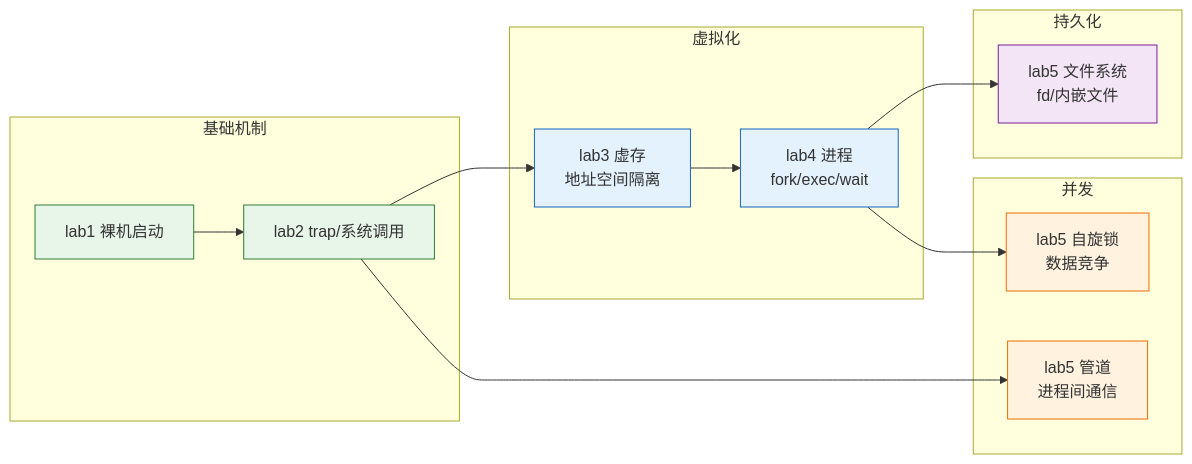
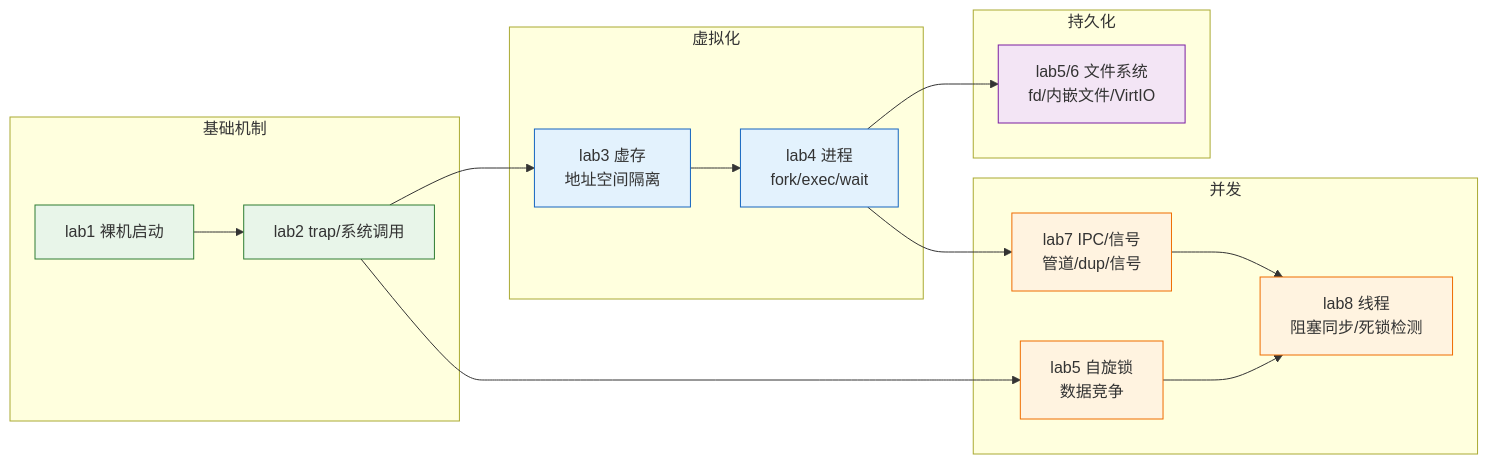
The fourth of 5 diagrams in os-lab/docs/design-report.md (AM-SuSh/EVOLVE), drawn with Mermaid before and after one commit. The commit also changed other lines of this file and 23 other files, not shown here.

````diff
--- a/os-lab/docs/design-report.md
+++ b/os-lab/docs/design-report.md
@@ -118,31 +121,35 @@
 ```mermaid
 graph LR
+    subgraph 基础机制
+        B1["lab1 裸机启动"]
+        B2["lab2 trap/系统调用"]
+    end
     subgraph 虚拟化
         V1["lab3 虚存<br/>地址空间隔离"]
         V2["lab4 进程<br/>fork/exec/wait"]
     end
     subgraph 并发
         C1["lab5 自旋锁<br/>数据竞争"]
-        C2["lab5 管道<br/>进程间通信"]
+        C2["lab7 IPC/信号<br/>管道/dup/信号"]
+        C3["lab8 线程<br/>阻塞同步/死锁检测"]
     end
     subgraph 持久化
-        P1["lab5 文件系统<br/>fd/内嵌文件"]
-    end
-    subgraph 基础机制
-        B1["lab1 裸机启动"]
-        B2["lab2 trap/系统调用"]
+        P1["lab5/6 文件系统<br/>fd/内嵌文件/VirtIO"]
     end
 
-    B1 --> B2 --> V1 --> V2 --> C1
-    B2 --> C2
+    B1 --> B2 --> V1 --> V2
+    B2 --> C1
     V2 --> P1
+    V2 --> C2
+    C1 --> C3
+    C2 --> C3
 
     classDef base fill:#e8f5e9,stroke:#2e7d32;
     classDef virt fill:#e3f2fd,stroke:#1565c0;
     classDef conc fill:#fff3e0,stroke:#ef6c00;
     classDef persist fill:#f3e5f5,stroke:#7b1fa2;
     class B1,B2 base;
     class V1,V2 virt;
-    class C1,C2 conc;
+    class C1,C2,C3 conc;
     class P1 persist;
 ```
````
